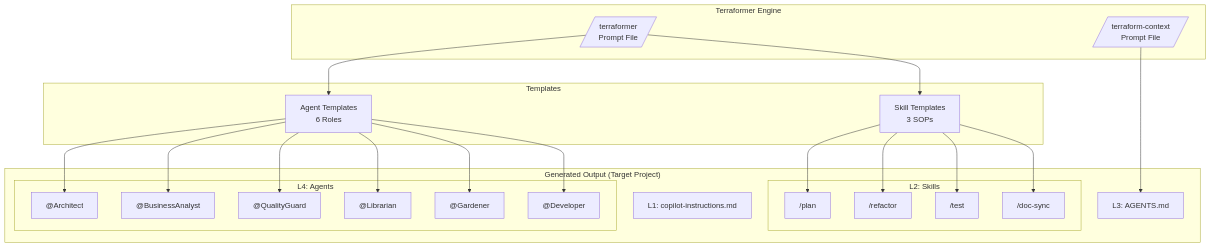
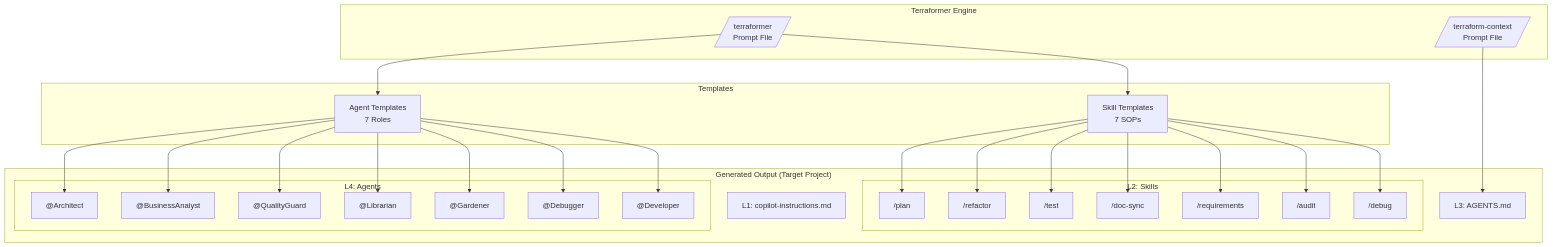
One commit to LongbowXXX/terraformer changed the first of 3 diagrams in agents-docs/architecture.md. Above: the diagram before and after it, drawn with Mermaid. The commit also changed other lines of this file and 5 other files, not shown here.

Commit message:
docs: Add initial documentation for agent architecture, coding conventions, constraints, directory structure, key flows, and testing.

````diff
--- a/agents-docs/architecture.md
+++ b/agents-docs/architecture.md
@@ -51,47 +51,55 @@
 ```mermaid
 graph TB
     subgraph "Terraformer Engine"
         TE[/terraformer<br/>Prompt File/]
         TC[/terraform-context<br/>Prompt File/]
     end
 
     subgraph "Templates"
-        AT[Agent Templates<br/>6 Roles]
-        ST[Skill Templates<br/>3 SOPs]
+        AT[Agent Templates<br/>7 Roles]
+        ST[Skill Templates<br/>7 SOPs]
     end
 
     subgraph "Generated Output (Target Project)"
         subgraph "L4: Agents"
             AR["@Architect"]
             BA["@BusinessAnalyst"]
             QG["@QualityGuard"]
             LB["@Librarian"]
             GD["@Gardener"]
+            DB["@Debugger"]
             DV["@Developer"]
         end
 
         subgraph "L2: Skills"
             SP["/plan"]
             SR["/refactor"]
             STT["/test"]
             DS["/doc-sync"]
+            RQ["/requirements"]
+            AU["/audit"]
+            DBG["/debug"]
         end
 
         L3[L3: AGENTS.md]
         L1[L1: copilot-instructions.md]
     end
 
     TE --> AT
     TE --> ST
     AT --> AR
     AT --> BA
     AT --> QG
     AT --> LB
     AT --> GD
+    AT --> DB
     AT --> DV
     ST --> SP
     ST --> SR
     ST --> STT
     ST --> DS
+    ST --> RQ
+    ST --> AU
+    ST --> DBG
     TC --> L3
 ```
````
